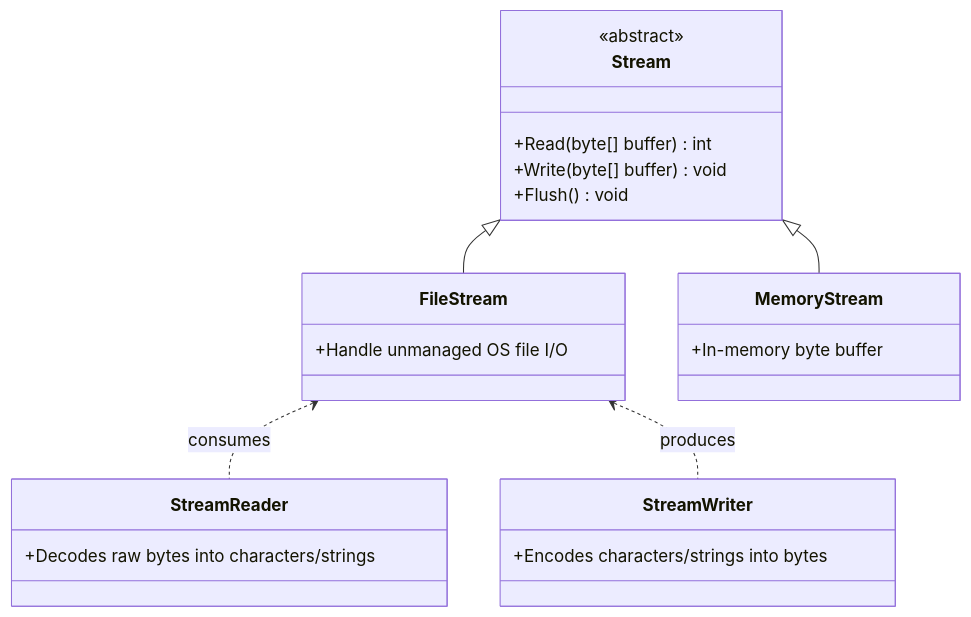
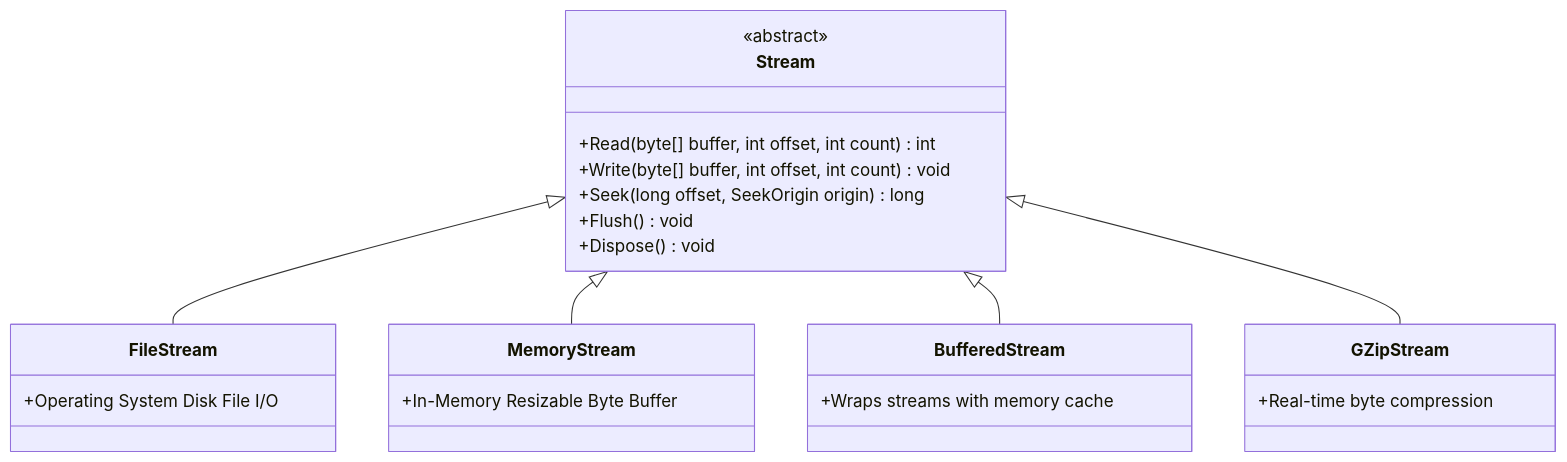
One commit to Singhkunall/Csharp-learning changed the diagram in Main/Topics/15_FileHandlingAndIO/README.md. Above: the diagram before and after it, drawn with Mermaid. The commit also changed other lines of this file and 9 other files, not shown here.

Commit message:
Enhance: In-depth story-driven theory, architecture diagrams, and comprehensive code for Phases 3 & 4 (Topics 11-15)

````diff
--- a/Main/Topics/15_FileHandlingAndIO/README.md
+++ b/Main/Topics/15_FileHandlingAndIO/README.md
@@ -21,26 +23,28 @@
 ```mermaid
 classDiagram
     class Stream {
         <<abstract>>
-        +Read(byte[] buffer) int
-        +Write(byte[] buffer) void
+        +Read(byte[] buffer, int offset, int count) int
+        +Write(byte[] buffer, int offset, int count) void
+        +Seek(long offset, SeekOrigin origin) long
         +Flush() void
+        +Dispose() void
     }
     class FileStream {
-        +Handle unmanaged OS file I/O
+        +Operating System Disk File I/O
     }
     class MemoryStream {
-        +In-memory byte buffer
+        +In-Memory Resizable Byte Buffer
     }
-    class StreamReader {
-        +Decodes raw bytes into characters/strings
+    class BufferedStream {
+        +Wraps streams with memory cache
     }
-    class StreamWriter {
-        +Encodes characters/strings into bytes
+    class GZipStream {
+        +Real-time byte compression
     }
 
     Stream <|-- FileStream
     Stream <|-- MemoryStream
-    FileStream <.. StreamReader : consumes
-    FileStream <.. StreamWriter : produces
+    Stream <|-- BufferedStream
+    Stream <|-- GZipStream
 ```
````
